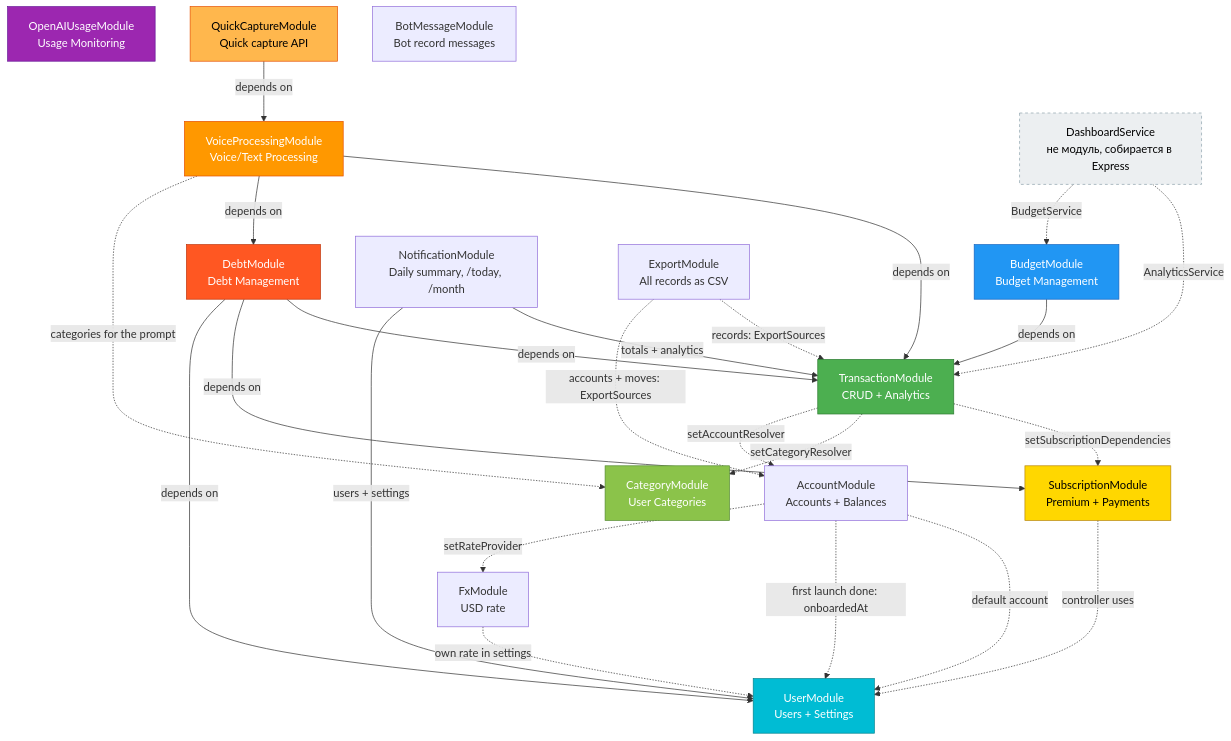
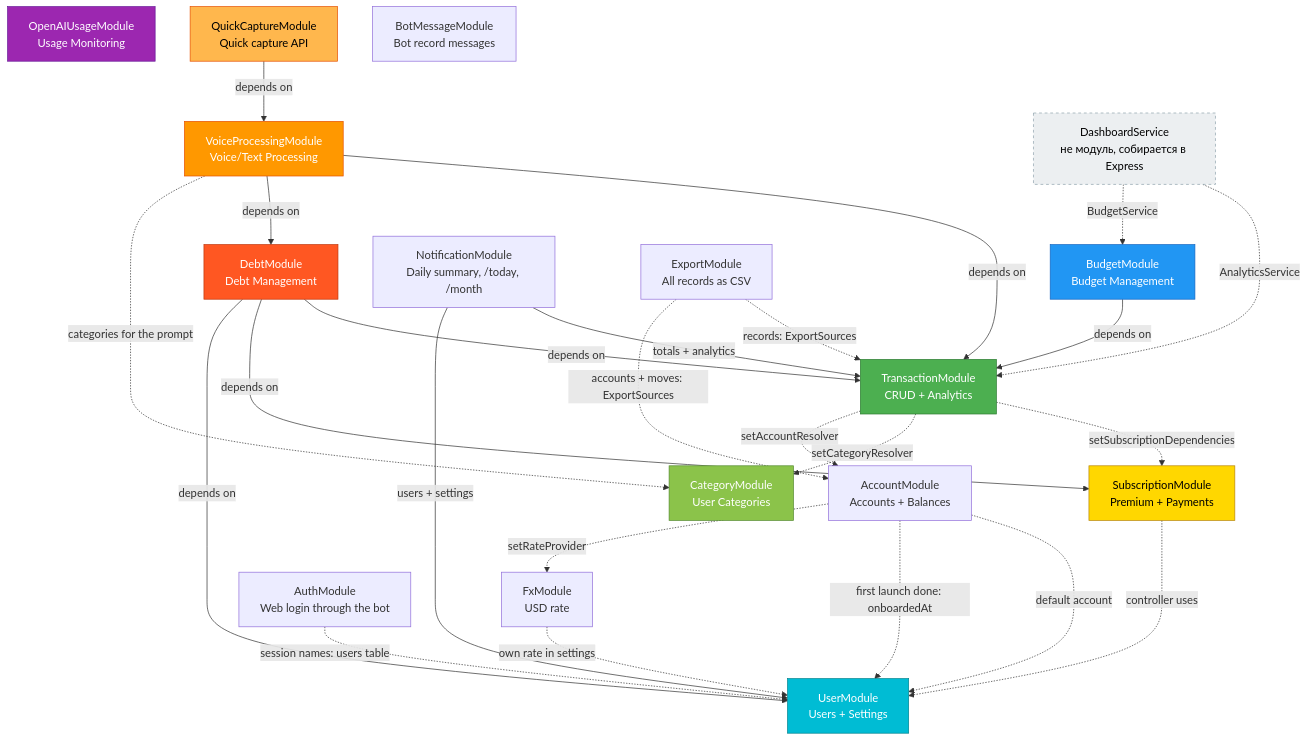
The diagram in docs/knowledge-base/01-architecture/modules.md (chollak/finance-tracker-backend), drawn with Mermaid before and after one commit. The commit also changed other lines of this file and 153 other files, not shown here.

First line of the commit message:
feat(auth): web login through the bot, session cookie and «Выйти» (FT-128)

````diff
--- a/docs/knowledge-base/01-architecture/modules.md
+++ b/docs/knowledge-base/01-architecture/modules.md
@@ -9,52 +9,54 @@
 ```mermaid
 graph TD
     TM[TransactionModule<br/>CRUD + Analytics]
     BM[BudgetModule<br/>Budget Management]
     DeM[DebtModule<br/>Debt Management]
     VM[VoiceProcessingModule<br/>Voice/Text Processing]
     OM[OpenAIUsageModule<br/>Usage Monitoring]
     SM[SubscriptionModule<br/>Premium + Payments]
     UM[UserModule<br/>Users + Settings]
     CM[CategoryModule<br/>User Categories]
     AM[AccountModule<br/>Accounts + Balances]
     FM[FxModule<br/>USD rate]
     QM[QuickCaptureModule<br/>Quick capture API]
     BMM[BotMessageModule<br/>Bot record messages]
     NM[NotificationModule<br/>Daily summary, /today, /month]
     EM[ExportModule<br/>All records as CSV]
+    AuM[AuthModule<br/>Web login through the bot]
     DS[DashboardService<br/>не модуль, собирается в Express]
 
     BM -->|depends on| TM
     DeM -->|depends on| TM
     DeM -->|depends on| SM
     DeM -->|depends on| UM
     VM -->|depends on| TM
     VM -->|depends on| DeM
     TM -.->|setSubscriptionDependencies| SM
     TM -.->|setCategoryResolver| CM
     TM -.->|setAccountResolver| AM
     AM -.->|default account| UM
     AM -.->|first launch done: onboardedAt| UM
     AM -.->|setRateProvider| FM
     FM -.->|own rate in settings| UM
     VM -.->|categories for the prompt| CM
     QM -->|depends on| VM
     NM -->|totals + analytics| TM
     NM -->|users + settings| UM
     EM -.->|records: ExportSources| TM
     EM -.->|accounts + moves: ExportSources| AM
+    AuM -.->|session names: users table| UM
     SM -.->|controller uses| UM
     DS -.->|AnalyticsService| TM
     DS -.->|BudgetService| BM
 
     style TM fill:#4CAF50,stroke:#2E7D32,color:#fff
     style BM fill:#2196F3,stroke:#1565C0,color:#fff
     style DeM fill:#FF5722,stroke:#BF360C,color:#fff
     style VM fill:#FF9800,stroke:#E65100,color:#fff
     style OM fill:#9C27B0,stroke:#6A1B9A,color:#fff
     style SM fill:#FFD700,stroke:#B8860B,color:#000
     style UM fill:#00BCD4,stroke:#00838F,color:#fff
     style CM fill:#8BC34A,stroke:#558B2F,color:#fff
     style QM fill:#FFB74D,stroke:#E65100,color:#000
     style DS fill:#ECEFF1,stroke:#90A4AE,color:#000,stroke-dasharray: 4 4
 ```
````
